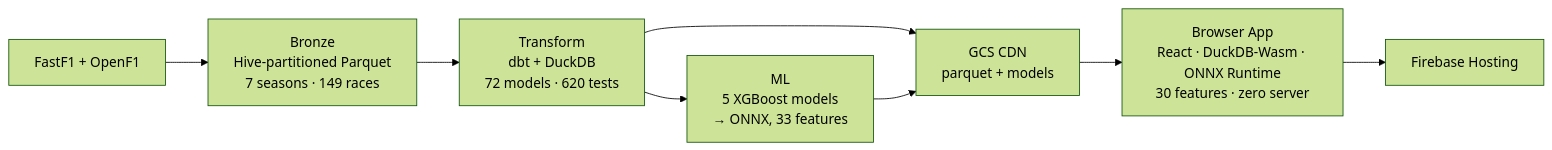
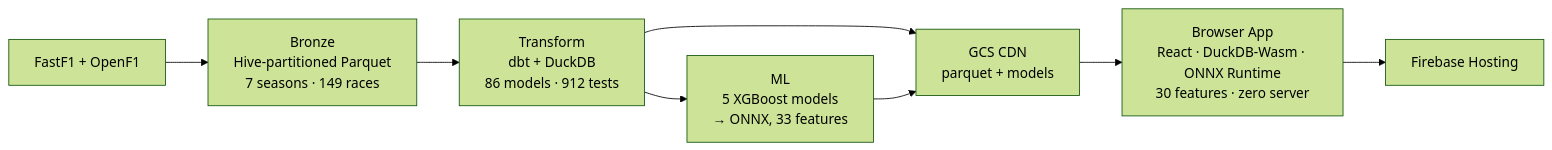
One commit to JustinClarke/off-the-pace changed the diagram in README.md. Above: the diagram before and after it, drawn with Mermaid (forest theme). The commit also changed other lines of this file and 133 other files, not shown here.

````diff
--- a/README.md
+++ b/README.md
@@ -61,10 +60,10 @@
 ```mermaid
 flowchart LR
     A["FastF1 + OpenF1"] --> B["Bronze<br/>Hive-partitioned Parquet<br/>7 seasons · 149 races"]
-    B --> C["Transform<br/>dbt + DuckDB<br/>72 models · 620 tests"]
+    B --> C["Transform<br/>dbt + DuckDB<br/>86 models · 912 tests"]
     C --> D["ML<br/>5 XGBoost models<br/>→ ONNX, 33 features"]
     C --> E["GCS CDN<br/>parquet + models"]
     D --> E
     E --> F["Browser App<br/>React · DuckDB-Wasm · ONNX Runtime<br/>30 features · zero server"]
     F --> G["Firebase Hosting"]
 ```
````
